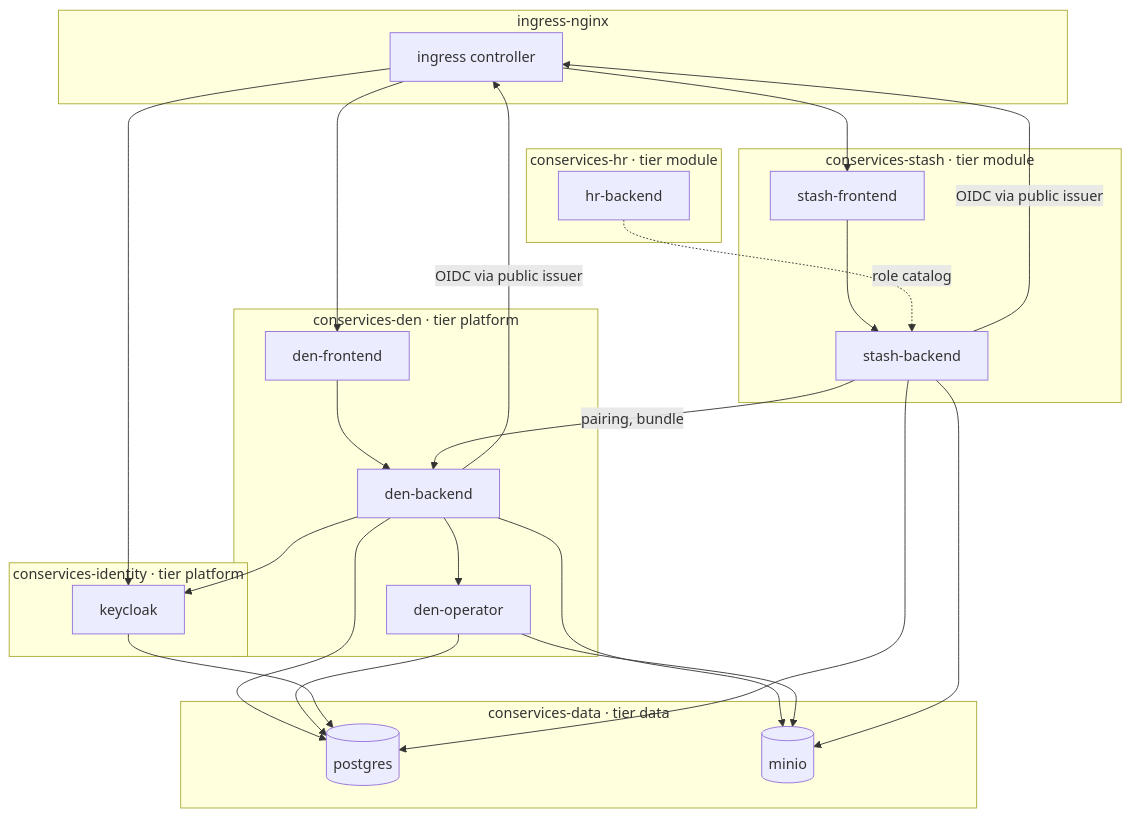
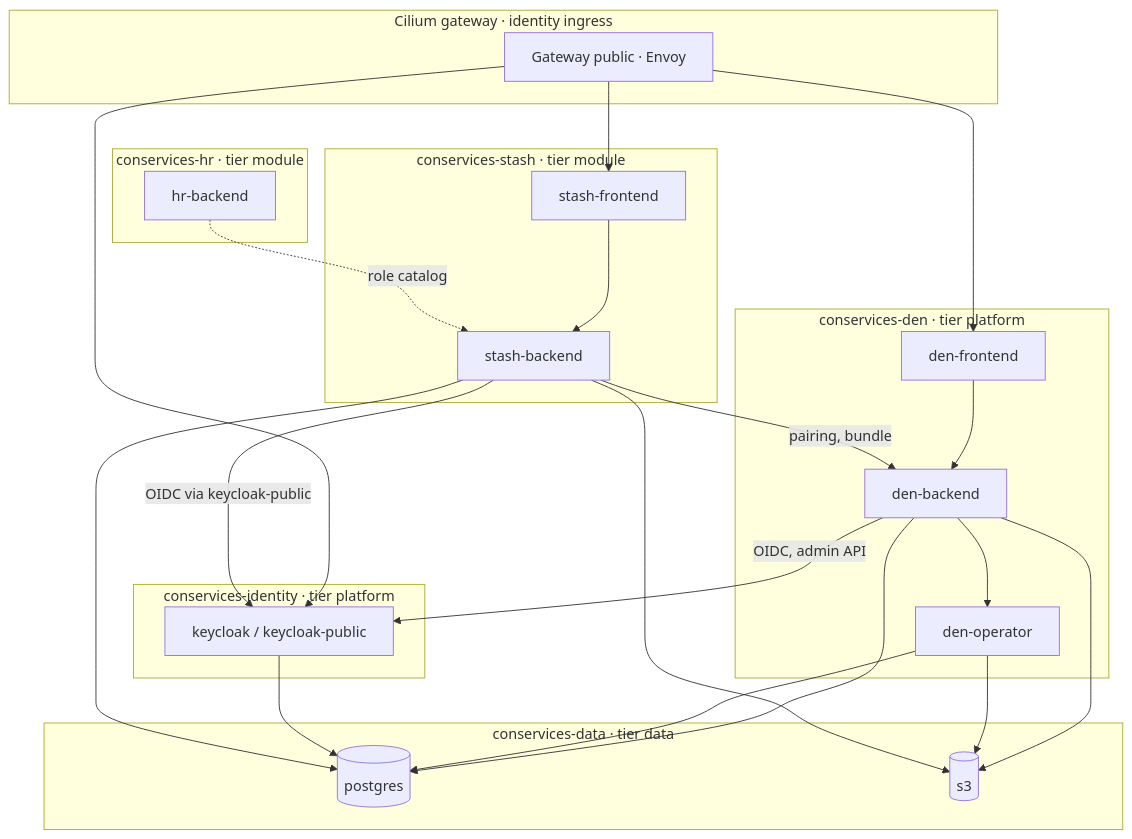
One commit to AGlElectronics/con-services changed the diagram in docs/operations/network-policies.md. Above: the diagram before and after it, drawn with Mermaid. The commit also changed other lines of this file and 78 other files, not shown here.

````diff
--- a/docs/operations/network-policies.md
+++ b/docs/operations/network-policies.md
@@ -19,39 +19,38 @@
 ```mermaid
 flowchart TB
-    subgraph ing [ingress-nginx]
-        ic[ingress controller]
+    subgraph gw [Cilium gateway · identity ingress]
+        ic[Gateway public · Envoy]
     end
     subgraph id [conservices-identity · tier platform]
-        kc[keycloak]
+        kc[keycloak / keycloak-public]
     end
     subgraph den [conservices-den · tier platform]
         fe[den-frontend] --> be[den-backend]
         be --> op[den-operator]
     end
     subgraph data [conservices-data · tier data]
         pg[(postgres)]
-        s3[(minio)]
+        s3[(s3)]
     end
     subgraph stash [conservices-stash · tier module]
         sfe[stash-frontend] --> sbe[stash-backend]
     end
     subgraph hr [conservices-hr · tier module]
         hbe[hr-backend]
     end
 
     ic --> fe
     ic --> sfe
     ic --> kc
-    be --> kc
-    be -->|OIDC via public issuer| ic
-    sbe -->|OIDC via public issuer| ic
+    be -->|OIDC, admin API| kc
+    sbe -->|OIDC via keycloak-public| kc
     be --> pg
     be --> s3
     op --> pg
     op --> s3
     kc --> pg
     sbe --> pg
     sbe --> s3
     sbe -->|pairing, bundle| be
     hbe -.->|role catalog| sbe
 ```
````
